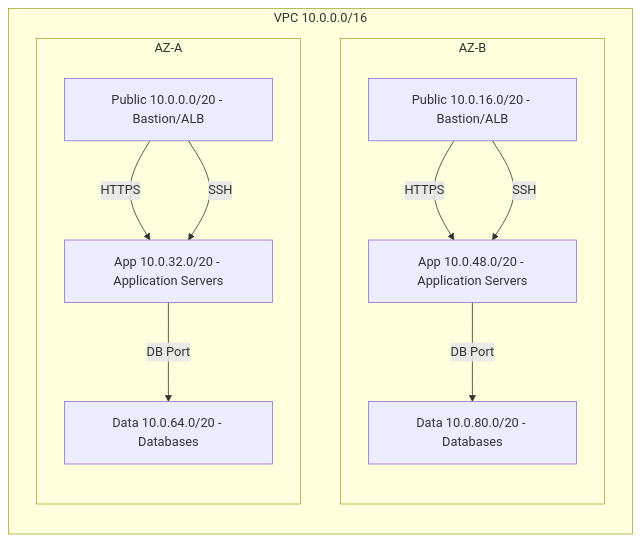
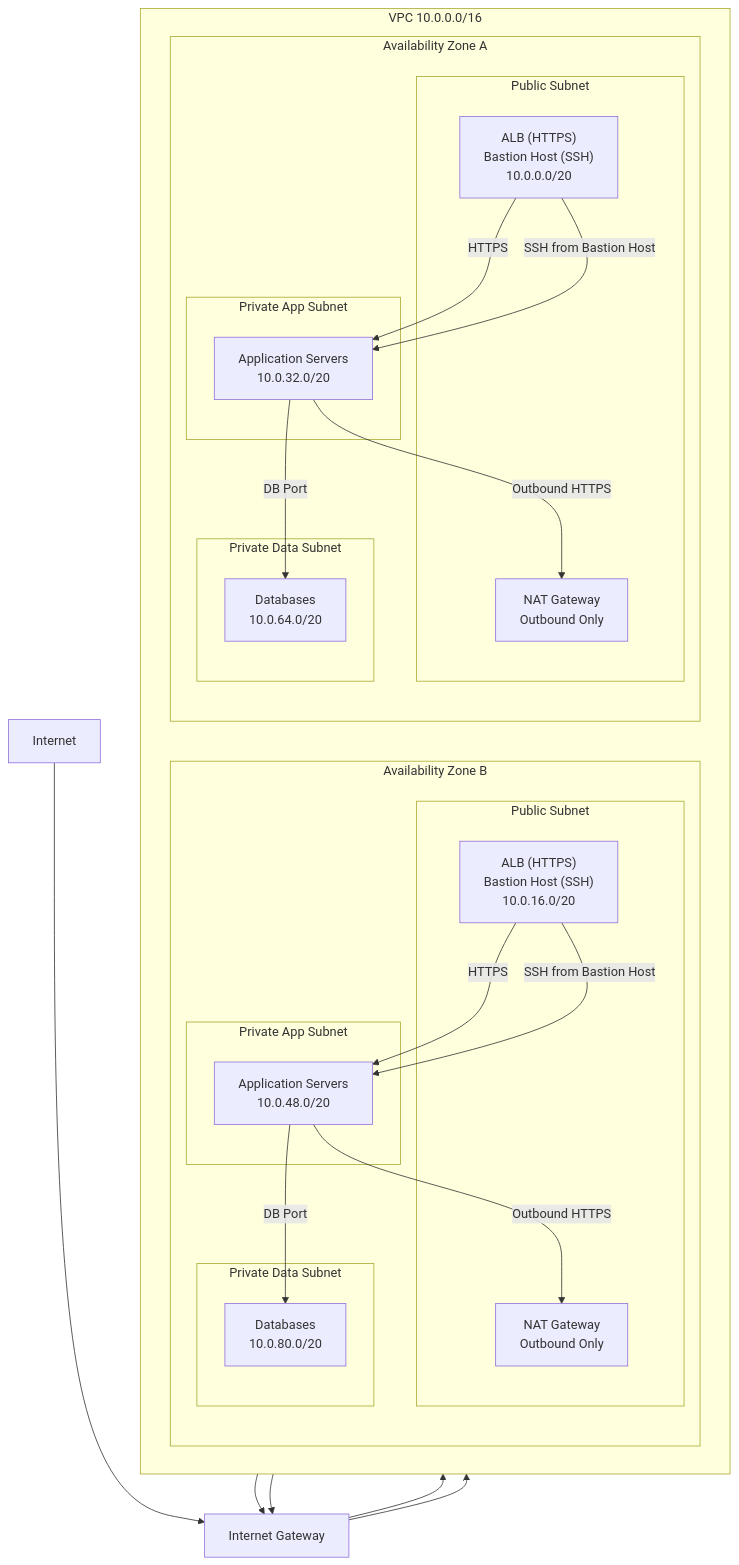
Before and after one commit to atheerauribi/secure-vpc-foundation: the diagram in README.md, drawn with Mermaid. The commit also changed other lines of this file, not shown here.

Commit message:
docs: Updated diagram and added NAT to architecture section

````diff
--- a/README.md
+++ b/README.md
@@ -48,28 +56,65 @@
 ```mermaid
-flowchart TD
+flowchart TB
+    Internet --> IGW["Internet Gateway"]
+
     subgraph VPC["VPC 10.0.0.0/16"]
-        direction TB
+        direction LR
 
-        subgraph AZB["AZ-B"]
+        subgraph AZB["Availability Zone B"]
             direction TB
-            PUB_B["Public 10.0.16.0/20 - Bastion/ALB"]
-            APP_B["App 10.0.48.0/20 - Application Servers"]
-            DATA_B["Data 10.0.80.0/20 - Databases"]
+
+            subgraph AZB_PUB["Public Subnet"]
+                PUB_B["ALB (HTTPS)<br/>Bastion Host (SSH)<br/>10.0.16.0/20"]
+                NAT_B["NAT Gateway<br/>Outbound Only"]
+            end
+
+            subgraph AZB_APP["Private App Subnet"]
+                APP_B["Application Servers<br/>10.0.48.0/20"]
+            end
+
+            subgraph AZB_DATA["Private Data Subnet"]
+                DATA_B["Databases<br/>10.0.80.0/20"]
+            end
         end
 
-        subgraph AZA["AZ-A"]
+        subgraph AZA["Availability Zone A"]
             direction TB
-            PUB_A["Public 10.0.0.0/20 - Bastion/ALB"]
-            APP_A["App 10.0.32.0/20 - Application Servers"]
-            DATA_A["Data 10.0.64.0/20 - Databases"]
+
+            subgraph AZA_PUB["Public Subnet"]
+                PUB_A["ALB (HTTPS)<br/>Bastion Host (SSH)<br/>10.0.0.0/20"]
+                NAT_A["NAT Gateway<br/>Outbound Only"]
+            end
+
+            subgraph AZA_APP["Private App Subnet"]
+                APP_A["Application Servers<br/>10.0.32.0/20"]
+            end
+
+            subgraph AZA_DATA["Private Data Subnet"]
+                DATA_A["Databases<br/>10.0.64.0/20"]
+            end
         end
+    end
 
-        %% Traffic flows
-        PUB_A -->|HTTPS| APP_A
-        PUB_B -->|HTTPS| APP_B
-        APP_A -->|DB Port| DATA_A
-        APP_B -->|DB Port| DATA_B
-        PUB_A -->|SSH| APP_A
-        PUB_B -->|SSH| APP_B
-    end
+    %% Internet connectivity
+    IGW --> AZA_PUB
+    IGW --> AZB_PUB
+    NAT_A --> IGW
+    NAT_B --> IGW
+
+    %% Ingress traffic (ALB)
+    PUB_A -->|HTTPS| APP_A
+    PUB_B -->|HTTPS| APP_B
+
+    %% Admin access (Bastion only)
+    PUB_A -->|SSH from Bastion Host| APP_A
+    PUB_B -->|SSH from Bastion Host| APP_B
+
+    %% Data access
+    APP_A -->|DB Port| DATA_A
+    APP_B -->|DB Port| DATA_B
+
+    %% Outbound traffic
+    APP_A -->|Outbound HTTPS| NAT_A
+    APP_B -->|Outbound HTTPS| NAT_B
+
 ```
````
